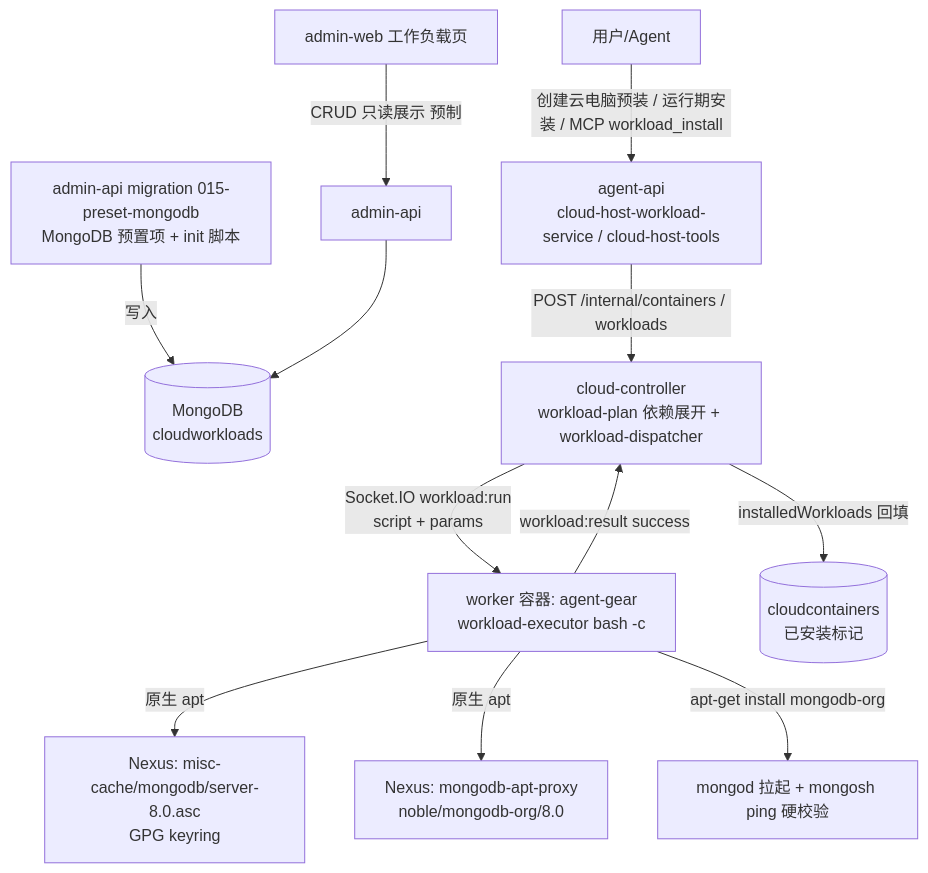
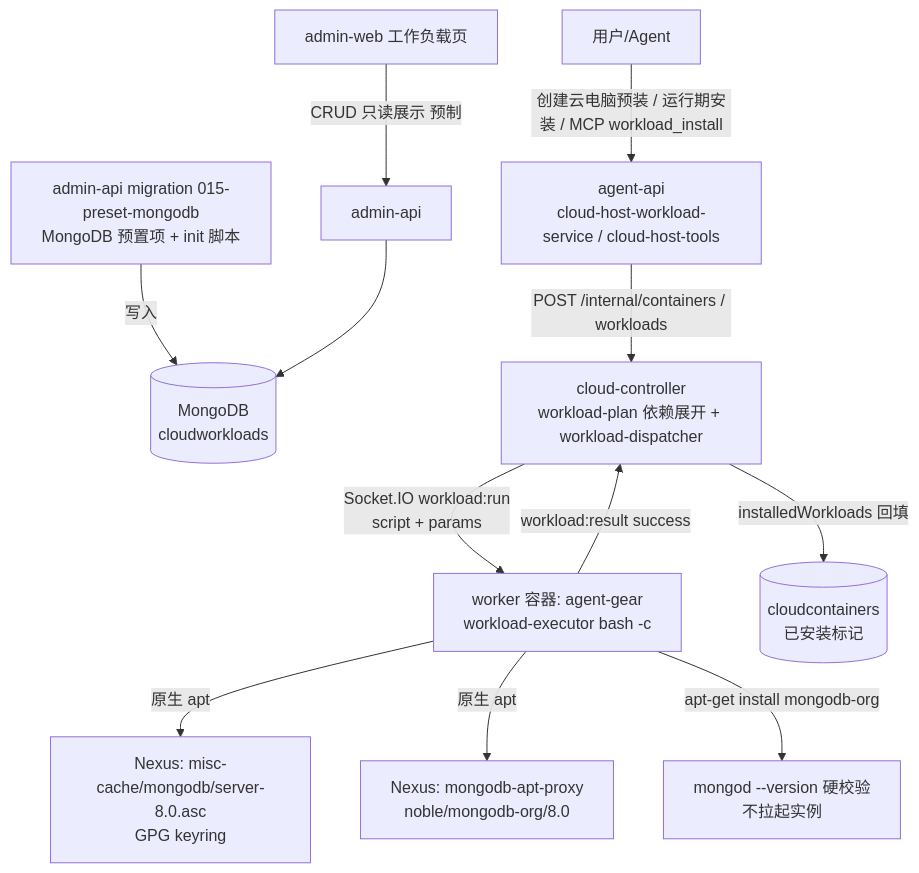
One commit to Deliay/z-agent-gear changed the first of 3 diagrams in docs/engineering/proposals/20261028-feat-mongodb-workload.md. Above: the diagram before and after it, drawn with Mermaid. The commit also changed other lines of this file and 3 other files, not shown here.

First line of the commit message:
docs(mongodb-workload): 返工修订——仅 mongod --version 硬校验、不拉起 mongod 实例

````diff
--- a/docs/engineering/proposals/20261028-feat-mongodb-workload.md
+++ b/docs/engineering/proposals/20261028-feat-mongodb-workload.md
@@ -62,14 +65,14 @@
 ```mermaid
 graph TD
     MIG[admin-api migration 015-preset-mongodb<br/>MongoDB 预置项 + init 脚本] -->|写入| DB[(MongoDB<br/>cloudworkloads)]
     AW[admin-web 工作负载页] -->|CRUD 只读展示 预制| AA[admin-api]
     AA --> DB
     U[用户/Agent] -->|创建云电脑预装 / 运行期安装 / MCP workload_install| AG[agent-api<br/>cloud-host-workload-service / cloud-host-tools]
     AG -->|POST /internal/containers / workloads| CC[cloud-controller<br/>workload-plan 依赖展开 + workload-dispatcher]
     CC -->|Socket.IO workload:run<br/>script + params| W[worker 容器: agent-gear<br/>workload-executor bash -c]
     W -->|原生 apt| N1[Nexus: misc-cache/mongodb/server-8.0.asc<br/>GPG keyring]
     W -->|原生 apt| N2[Nexus: mongodb-apt-proxy<br/>noble/mongodb-org/8.0]
-    W -->|apt-get install mongodb-org| MG[mongod 拉起 + mongosh ping 硬校验]
+    W -->|apt-get install mongodb-org| MG[mongod --version 硬校验<br/>不拉起实例]
     W -->|workload:result success| CC
     CC -->|installedWorkloads 回填| DB2[(cloudcontainers<br/>已安装标记)]
 ```
````
